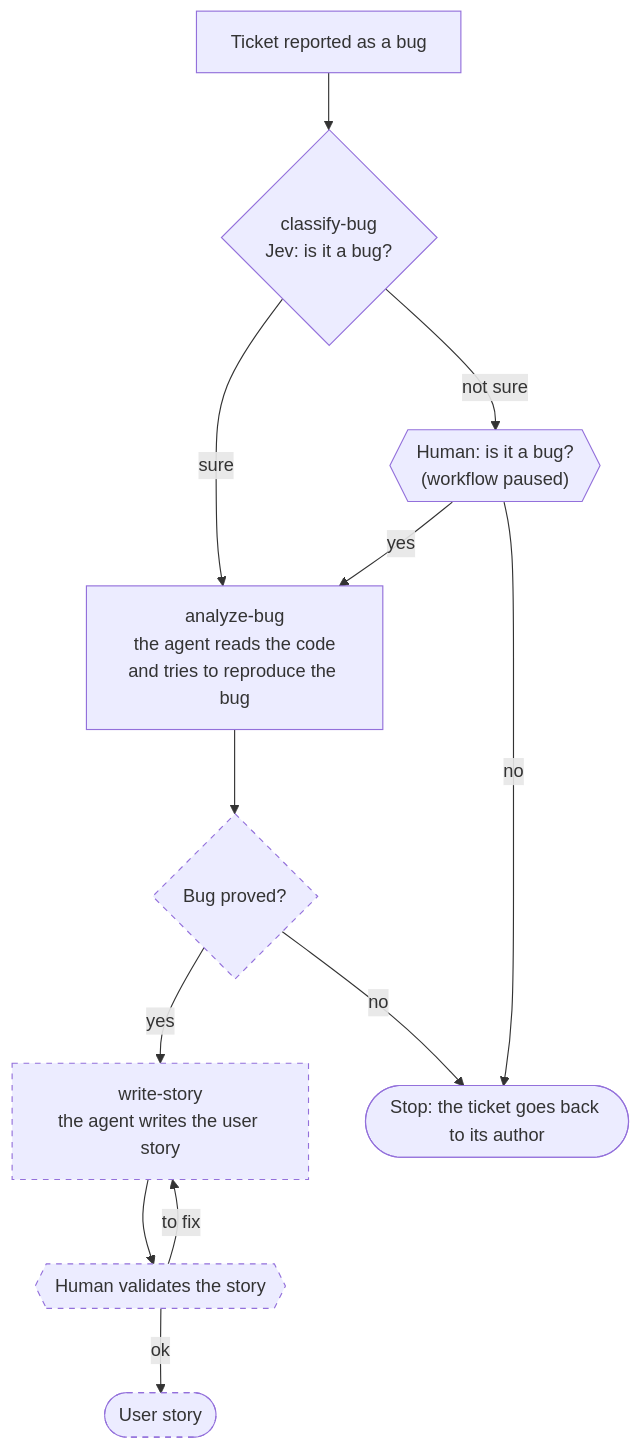
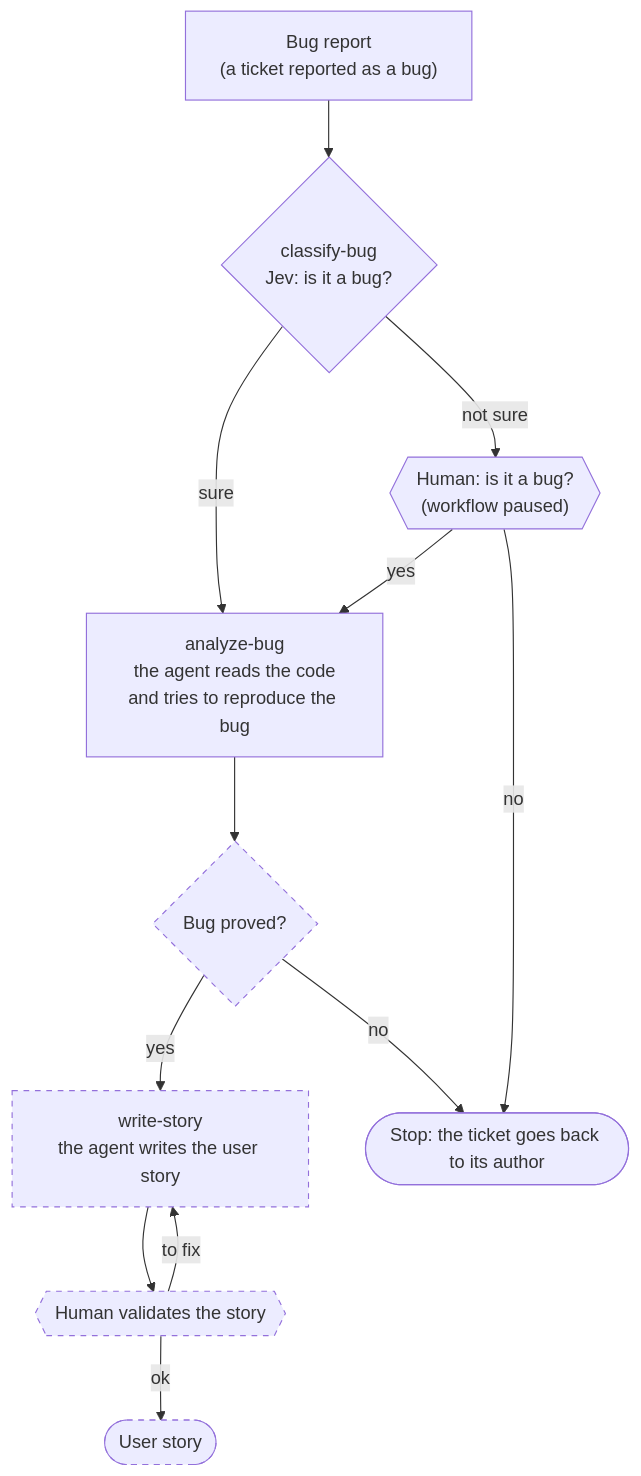
The diagram in architecture.md (kyu-dev/foxconn), drawn with Mermaid before and after one commit. The commit also changed other lines of this file and 12 other files, not shown here.

Commit message:
refacto: rename Ticket to BugReport

````diff
--- a/architecture.md
+++ b/architecture.md
@@ -10,26 +10,26 @@
 ```mermaid
 flowchart TD
-  ticket["Ticket reported as a bug"]
+  report["Bug report<br/>(a ticket reported as a bug)"]
   classify{"classify-bug<br/>Jev: is it a bug?"}
   human{{"Human: is it a bug?<br/>(workflow paused)"}}
   analyze["analyze-bug<br/>the agent reads the code<br/>and tries to reproduce the bug"]
   proved{"Bug proved?"}:::later
   write["write-story<br/>the agent writes the user story"]:::later
   validate{{"Human validates the story"}}:::later
   story(["User story"]):::later
   stop(["Stop: the ticket goes back to its author"])
 
-  ticket --> classify
+  report --> classify
   classify -- sure --> analyze
   classify -- not sure --> human
   human -- yes --> analyze
   human -- no --> stop
   analyze --> proved
   proved -- yes --> write
   proved -- no --> stop
   write --> validate
   validate -- ok --> story
   validate -- to fix --> write
 
   classDef later stroke-dasharray: 5 5
 ```
````
